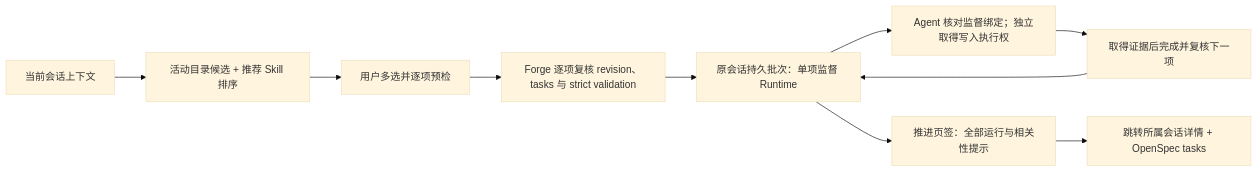
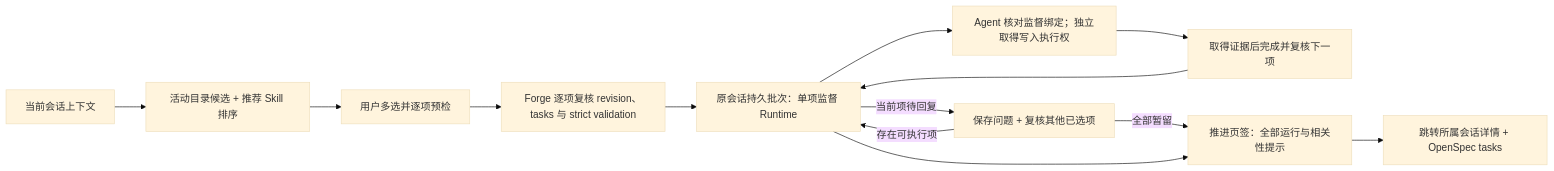
The third of 7 diagrams in docs/ai-coding-architecture.md (exception-coder/kai-toolbox), drawn with Mermaid (base theme) before and after one commit. The commit also changed other lines of this file and 15 other files, not shown here.

````diff
--- a/docs/ai-coding-architecture.md
+++ b/docs/ai-coding-architecture.md
@@ -157,12 +159,15 @@
 ```mermaid
 flowchart LR
     SESSION["当前会话上下文"] --> PREVIEW["活动目录候选 + 推荐 Skill 排序"]
     PREVIEW --> CONFIRM["用户多选并逐项预检"]
     CONFIRM --> RECHECK["Forge 逐项复核 revision、tasks 与 strict validation"]
     RECHECK --> RUNTIME["原会话持久批次：单项监督 Runtime"]
     RUNTIME --> WRITER["Agent 核对监督绑定；独立取得写入执行权"]
     WRITER --> NEXT["取得证据后完成并复核下一项"]
     NEXT --> RUNTIME
+    RUNTIME -->|"当前项待回复"| DEFER["保存问题 + 复核其他已选项"]
+    DEFER -->|"存在可执行项"| RUNTIME
+    DEFER -->|"全部暂留"| BOARD
     RUNTIME --> BOARD["推进页签：全部运行与相关性提示"]
     BOARD --> DETAIL["跳转所属会话详情 + OpenSpec tasks"]
 ```
````
